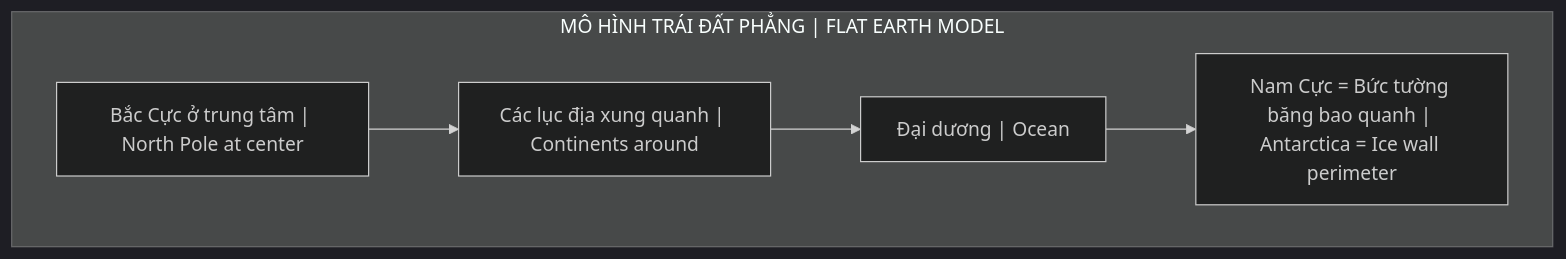
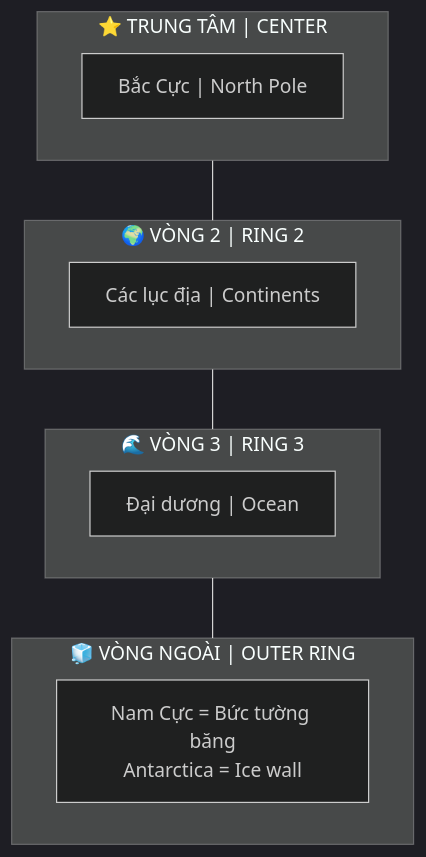
The diagram in politics-conspiracy/Thuyết Trái Đất Phẳng.md (dyukahi/knowledge), drawn with Mermaid (dark theme) before and after one commit. The commit also changed other lines of this file and 1 other file, not shown here.

Commit message:
Improve Flat Earth diagram: concentric rings model with explanation

````diff
--- a/politics-conspiracy/Thuyết Trái Đất Phẳng.md
+++ b/politics-conspiracy/Thuyết Trái Đất Phẳng.md
@@ -17,11 +21,20 @@
 ```mermaid
 flowchart TB
-    subgraph Earth["MÔ HÌNH TRÁI ĐẤT PHẲNG | FLAT EARTH MODEL"]
-        Center["Bắc Cực ở trung tâm | North Pole at center"]
-        Continents["Các lục địa xung quanh | Continents around"]
-        Ocean["Đại dương | Ocean"]
-        Ice["Nam Cực = Bức tường băng bao quanh | Antarctica = Ice wall perimeter"]
+    subgraph Layer4["🧊 VÒNG NGOÀI | OUTER RING"]
+        Ice["Nam Cực = Bức tường băng<br/>Antarctica = Ice wall"]
     end
     
-    Center --> Continents --> Ocean --> Ice
+    subgraph Layer3["🌊 VÒNG 3 | RING 3"]
+        Ocean["Đại dương | Ocean"]
+    end
+    
+    subgraph Layer2["🌍 VÒNG 2 | RING 2"]
+        Continents["Các lục địa | Continents"]
+    end
+    
+    subgraph Layer1["⭐ TRUNG TÂM | CENTER"]
+        NorthPole["Bắc Cực | North Pole"]
+    end
+    
+    Layer1 --- Layer2 --- Layer3 --- Layer4
 ```
````
